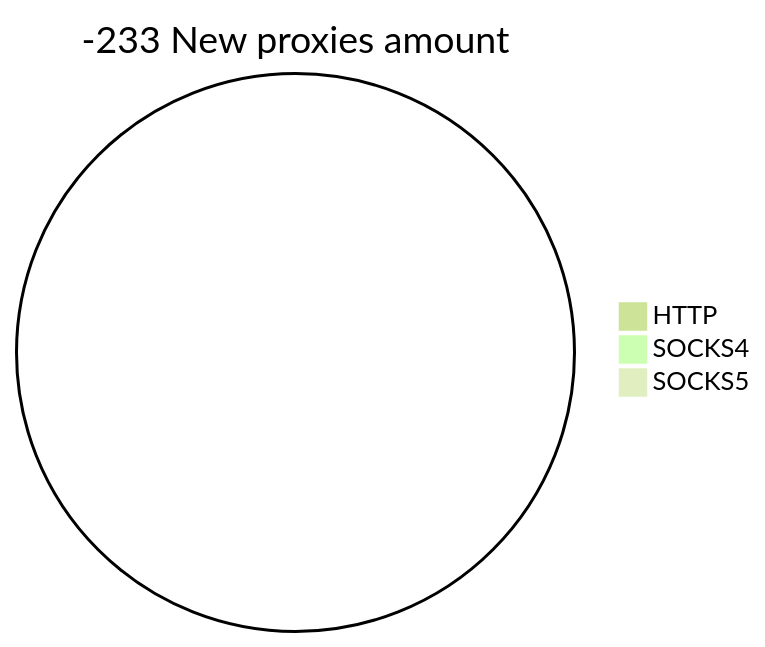
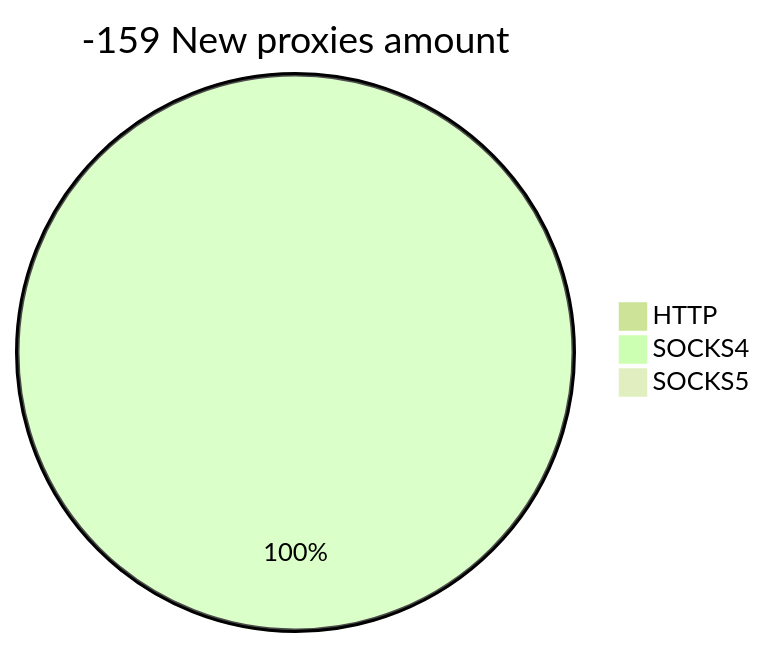
Before and after one commit to cutipu/proxylist: the second of 2 diagrams in README.md, drawn with Mermaid (forest theme). The commit also changed other lines of this file, not shown here.

````diff
--- a/README.md
+++ b/README.md
@@ -10,6 +10,6 @@
 ```mermaid
-pie title -233 New proxies amount
+pie title -159 New proxies amount
     "HTTP" : 0
-    "SOCKS4" : 0
+    "SOCKS4" : 6
     "SOCKS5" : 0
 ```
````
